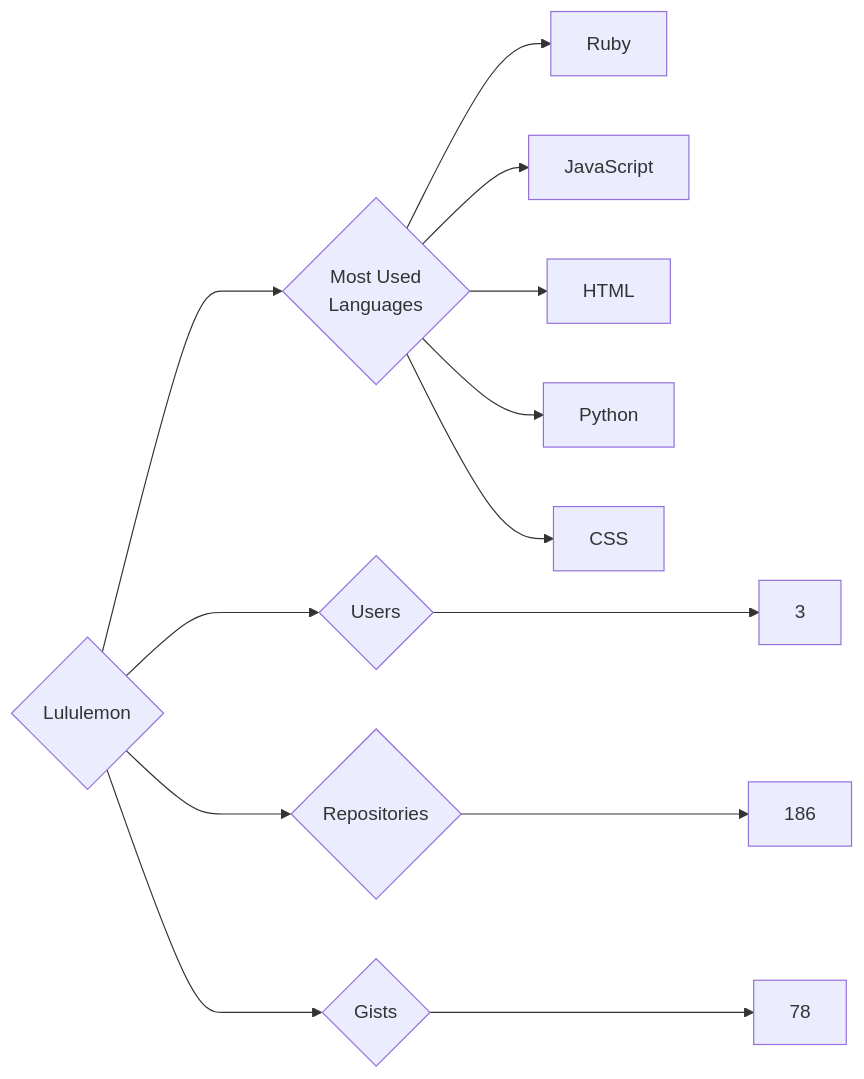
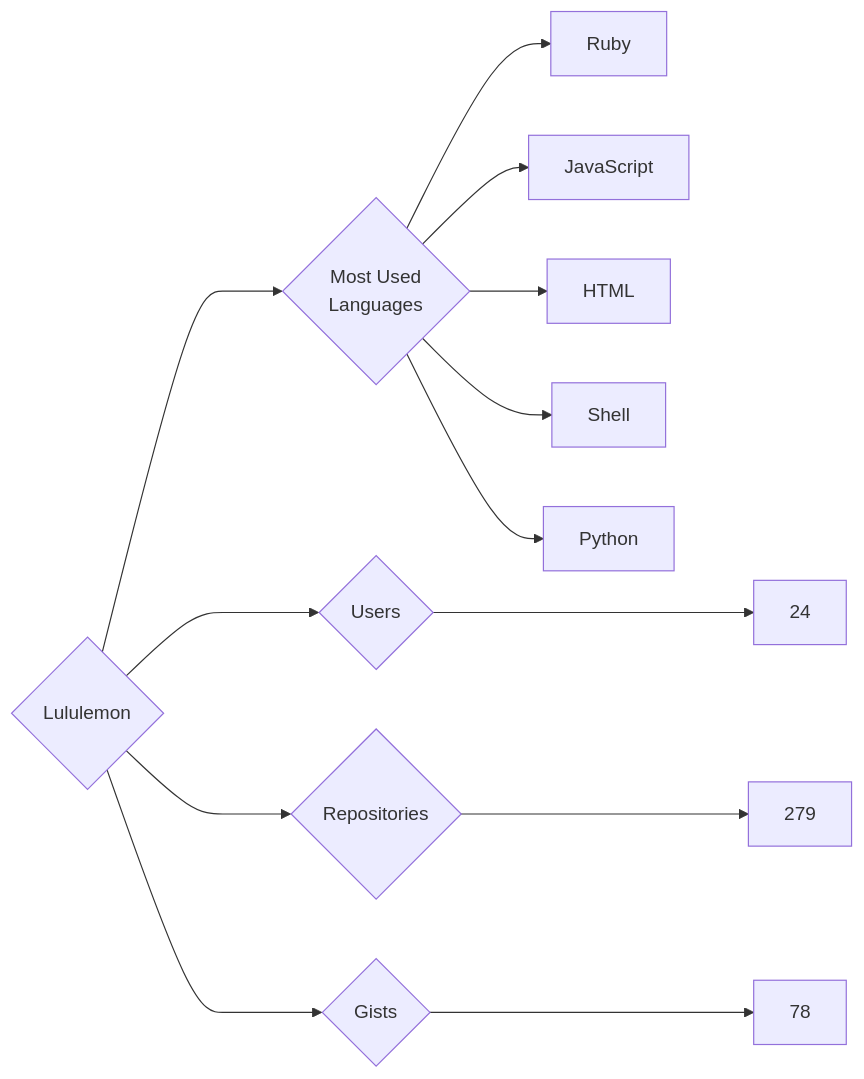
The diagram in targets/Lululemon/README.md (trickest/insiders), drawn with Mermaid before and after one commit. The commit also changed 930 other files, not shown here.

````diff
--- a/targets/Lululemon/README.md
+++ b/targets/Lululemon/README.md
@@ -3,13 +3,13 @@
 ```mermaid
 graph LR
 COMPANY_NAME{Lululemon}
-COMPANY_NAME ---> U{Users} ---> UN[3]
-COMPANY_NAME ---> R{Repositories} ---> RN[186]
+COMPANY_NAME ---> U{Users} ---> UN[24]
+COMPANY_NAME ---> R{Repositories} ---> RN[279]
 COMPANY_NAME ---> G{Gists} ---> GN[78]
 COMPANY_NAME ---> ML{Most Used<br>Languages}
 ML --> Ruby[Ruby]
 ML --> JavaScript[JavaScript]
 ML --> HTML[HTML]
+ML --> Shell[Shell]
 ML --> Python[Python]
-ML --> CSS[CSS]
 ```
````
